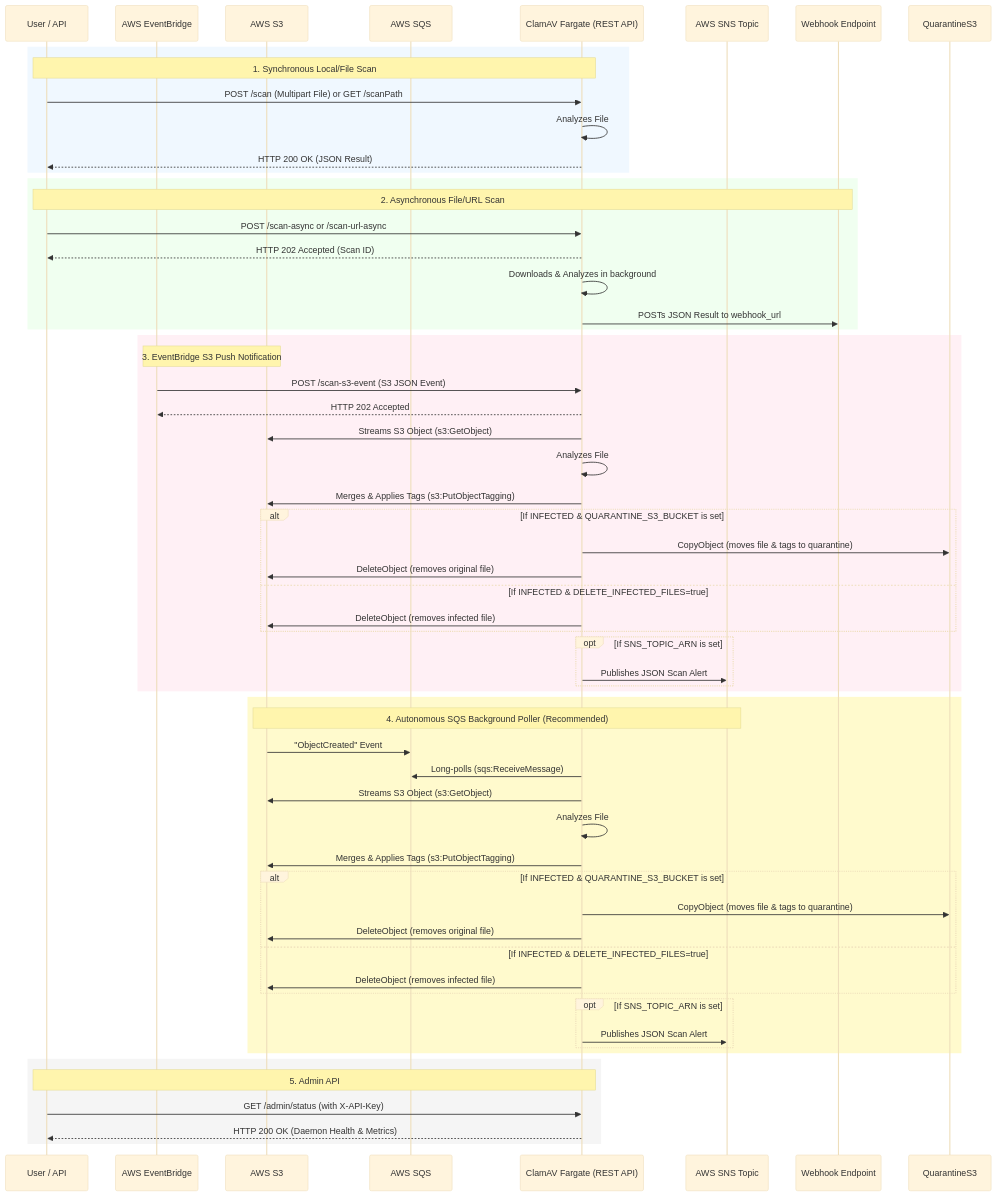
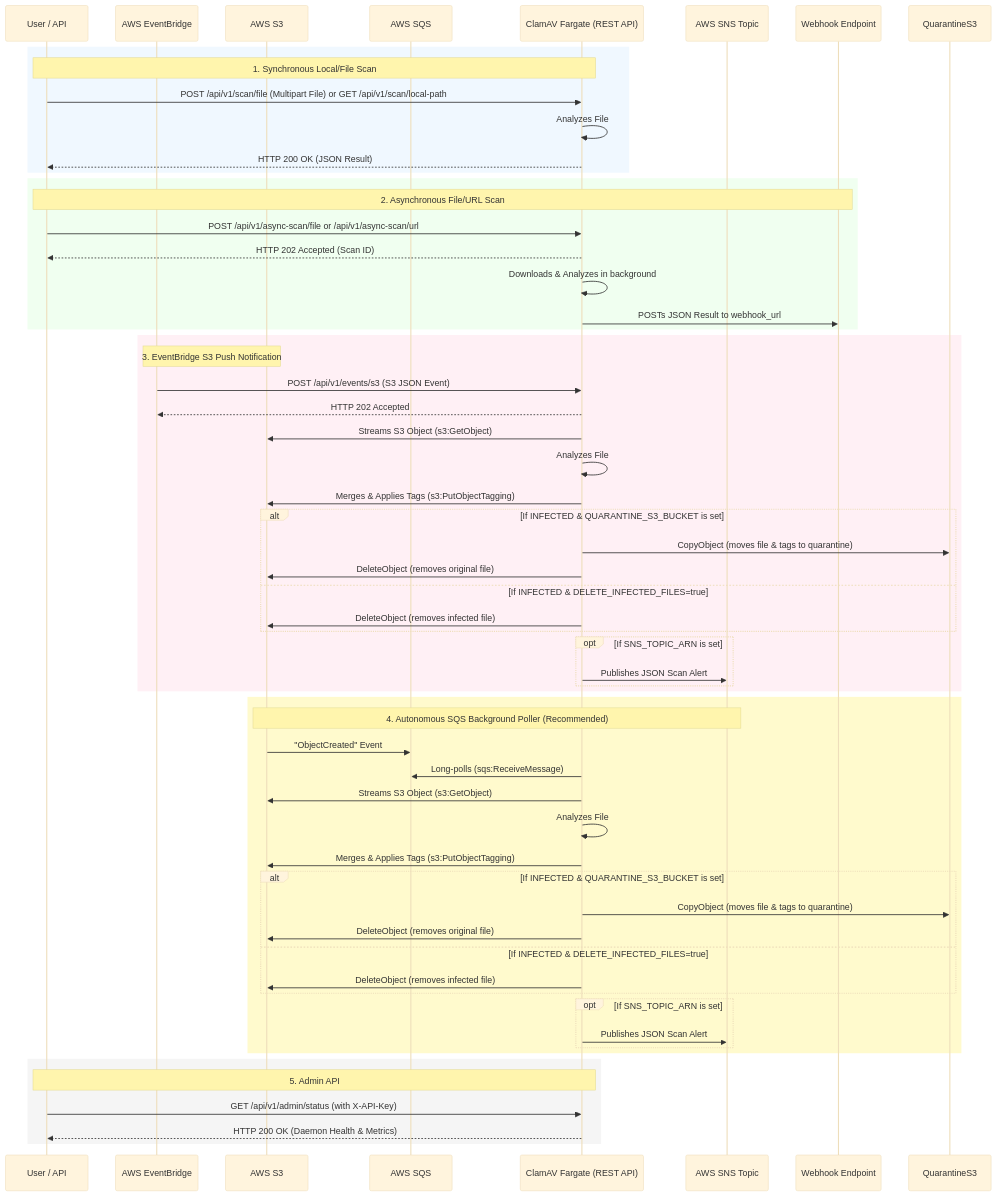
The diagram in README.md (amithalder21/clamav-restapi), drawn with Mermaid (base theme) before and after one commit. The commit also changed other lines of this file and 8 other files, not shown here.

Commit message:
feat(api): redesign api to v1 architecture and add async polling via redis

````diff
--- a/README.md
+++ b/README.md
@@ -37,72 +37,72 @@
 ```mermaid
 sequenceDiagram
     participant Client as User / API
     participant EventBridge as AWS EventBridge
     participant S3 as AWS S3
     participant SQS as AWS SQS
     participant ClamAV as ClamAV Fargate (REST API)
     participant SNS as AWS SNS Topic
     participant Webhook as Webhook Endpoint
 
     %% 1. Synchronous Scan
     rect rgb(240, 248, 255)
         Note over Client, ClamAV: 1. Synchronous Local/File Scan
-        Client->>ClamAV: POST /scan (Multipart File) or GET /scanPath
+        Client->>ClamAV: POST /api/v1/scan/file (Multipart File) or GET /api/v1/scan/local-path
         ClamAV->>ClamAV: Analyzes File
         ClamAV-->>Client: HTTP 200 OK (JSON Result)
     end
 
     %% 2. Asynchronous Scan
     rect rgb(240, 255, 240)
         Note over Client, Webhook: 2. Asynchronous File/URL Scan
-        Client->>ClamAV: POST /scan-async or /scan-url-async
+        Client->>ClamAV: POST /api/v1/async-scan/file or /api/v1/async-scan/url
         ClamAV-->>Client: HTTP 202 Accepted (Scan ID)
         ClamAV->>ClamAV: Downloads & Analyzes in background
         ClamAV->>Webhook: POSTs JSON Result to webhook_url
     end
 
     %% 3. Event-Driven S3 Push (EventBridge)
     rect rgb(255, 240, 245)
         Note over EventBridge, S3: 3. EventBridge S3 Push Notification
-        EventBridge->>ClamAV: POST /scan-s3-event (S3 JSON Event)
+        EventBridge->>ClamAV: POST /api/v1/events/s3 (S3 JSON Event)
         ClamAV-->>EventBridge: HTTP 202 Accepted
         ClamAV->>S3: Streams S3 Object (s3:GetObject)
         ClamAV->>ClamAV: Analyzes File
         ClamAV->>S3: Merges & Applies Tags (s3:PutObjectTagging)
         alt If INFECTED & QUARANTINE_S3_BUCKET is set
             ClamAV->>QuarantineS3: CopyObject (moves file & tags to quarantine)
             ClamAV->>S3: DeleteObject (removes original file)
         else If INFECTED & DELETE_INFECTED_FILES=true
             ClamAV->>S3: DeleteObject (removes infected file)
         end
         opt If SNS_TOPIC_ARN is set
             ClamAV->>SNS: Publishes JSON Scan Alert
         end
     end
 
     %% 4. Event-Driven SQS Pull (Autonomous)
     rect rgb(255, 250, 205)
         Note over S3, SNS: 4. Autonomous SQS Background Poller (Recommended)
         S3->>SQS: "ObjectCreated" Event
         ClamAV->>SQS: Long-polls (sqs:ReceiveMessage)
         ClamAV->>S3: Streams S3 Object (s3:GetObject)
         ClamAV->>ClamAV: Analyzes File
         ClamAV->>S3: Merges & Applies Tags (s3:PutObjectTagging)
         alt If INFECTED & QUARANTINE_S3_BUCKET is set
             ClamAV->>QuarantineS3: CopyObject (moves file & tags to quarantine)
             ClamAV->>S3: DeleteObject (removes original file)
         else If INFECTED & DELETE_INFECTED_FILES=true
             ClamAV->>S3: DeleteObject (removes infected file)
         end
         opt If SNS_TOPIC_ARN is set
             ClamAV->>SNS: Publishes JSON Scan Alert
         end
     end
 
     %% 5. Admin API
     rect rgb(245, 245, 245)
         Note over Client, ClamAV: 5. Admin API
-        Client->>ClamAV: GET /admin/status (with X-API-Key)
+        Client->>ClamAV: GET /api/v1/admin/status (with X-API-Key)
         ClamAV-->>Client: HTTP 200 OK (Daemon Health & Metrics)
     end
 ```
````
